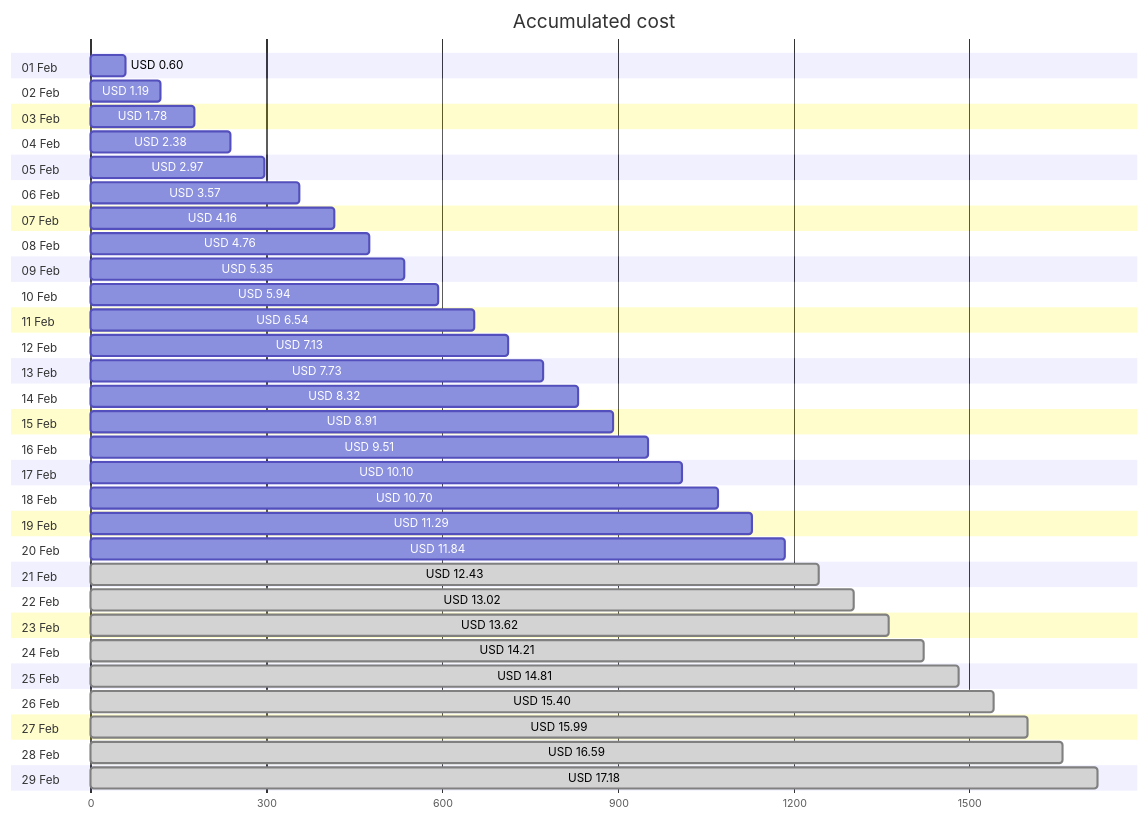
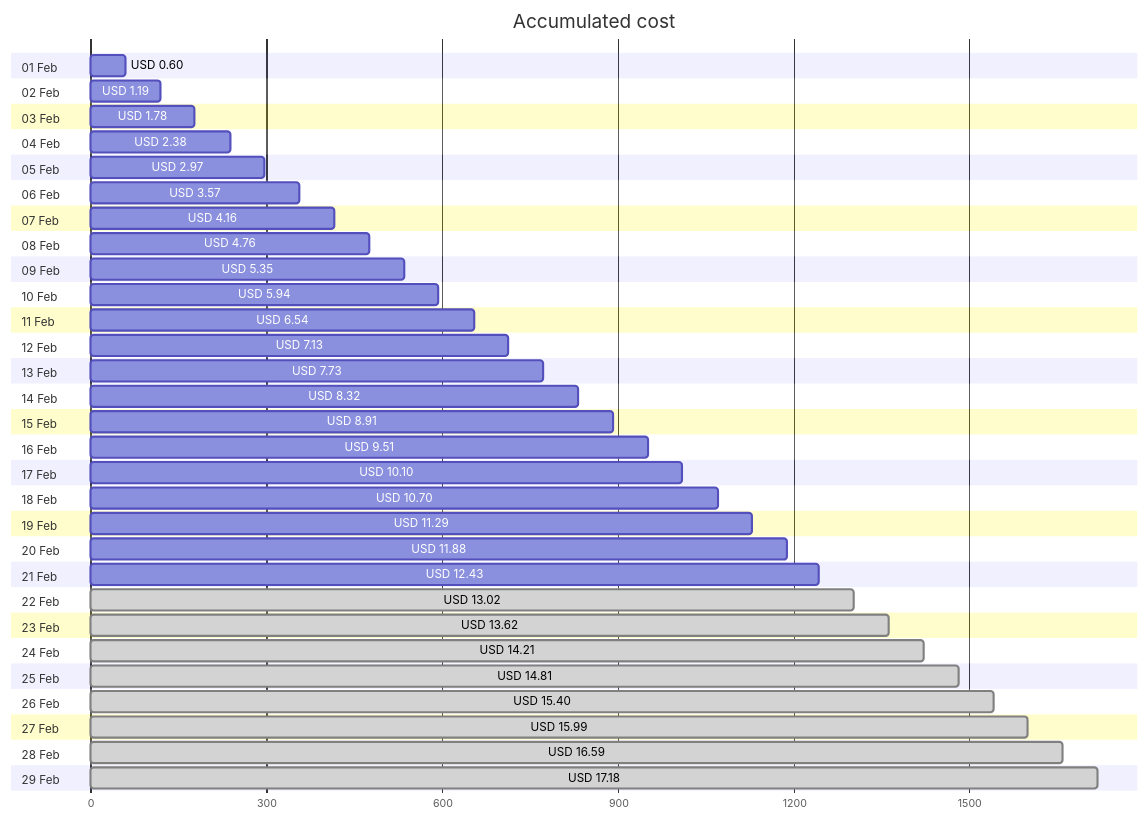
The first of 4 diagrams in cost-reports/personal-site/README.md (jpfulton/azure-personal-reports), drawn with Mermaid before and after one commit. The commit also changed other lines of this file and 6 other files, not shown here.

````diff
--- a/cost-reports/personal-site/README.md
+++ b/cost-reports/personal-site/README.md
@@ -20,64 +20,64 @@
 ```mermaid
 gantt
    title Accumulated cost
    dateFormat  X
    axisFormat %s
    section 01 Feb
    USD 0.60 :0, 60
    section 02 Feb
    USD 1.19 :0, 119
    section 03 Feb
    USD 1.78 :0, 178
    section 04 Feb
    USD 2.38 :0, 238
    section 05 Feb
    USD 2.97 :0, 297
    section 06 Feb
    USD 3.57 :0, 357
    section 07 Feb
    USD 4.16 :0, 416
    section 08 Feb
    USD 4.76 :0, 476
    section 09 Feb
    USD 5.35 :0, 535
    section 10 Feb
    USD 5.94 :0, 594
    section 11 Feb
    USD 6.54 :0, 654
    section 12 Feb
    USD 7.13 :0, 713
    section 13 Feb
    USD 7.73 :0, 773
    section 14 Feb
    USD 8.32 :0, 832
    section 15 Feb
    USD 8.91 :0, 891
    section 16 Feb
    USD 9.51 :0, 951
    section 17 Feb
    USD 10.10 :0, 1010
    section 18 Feb
    USD 10.70 :0, 1070
    section 19 Feb
    USD 11.29 :0, 1129
    section 20 Feb
-   USD 11.84 :0, 1184
+   USD 11.88 :0, 1188
    section 21 Feb
-   USD 12.43 : done, 0, 1243
+   USD 12.43 :0, 1243
    section 22 Feb
    USD 13.02 : done, 0, 1302
    section 23 Feb
    USD 13.62 : done, 0, 1362
    section 24 Feb
    USD 14.21 : done, 0, 1421
    section 25 Feb
    USD 14.81 : done, 0, 1481
    section 26 Feb
    USD 15.40 : done, 0, 1540
    section 27 Feb
    USD 15.99 : done, 0, 1599
    section 28 Feb
    USD 16.59 : done, 0, 1659
    section 29 Feb
    USD 17.18 : done, 0, 1718
 ```
````
